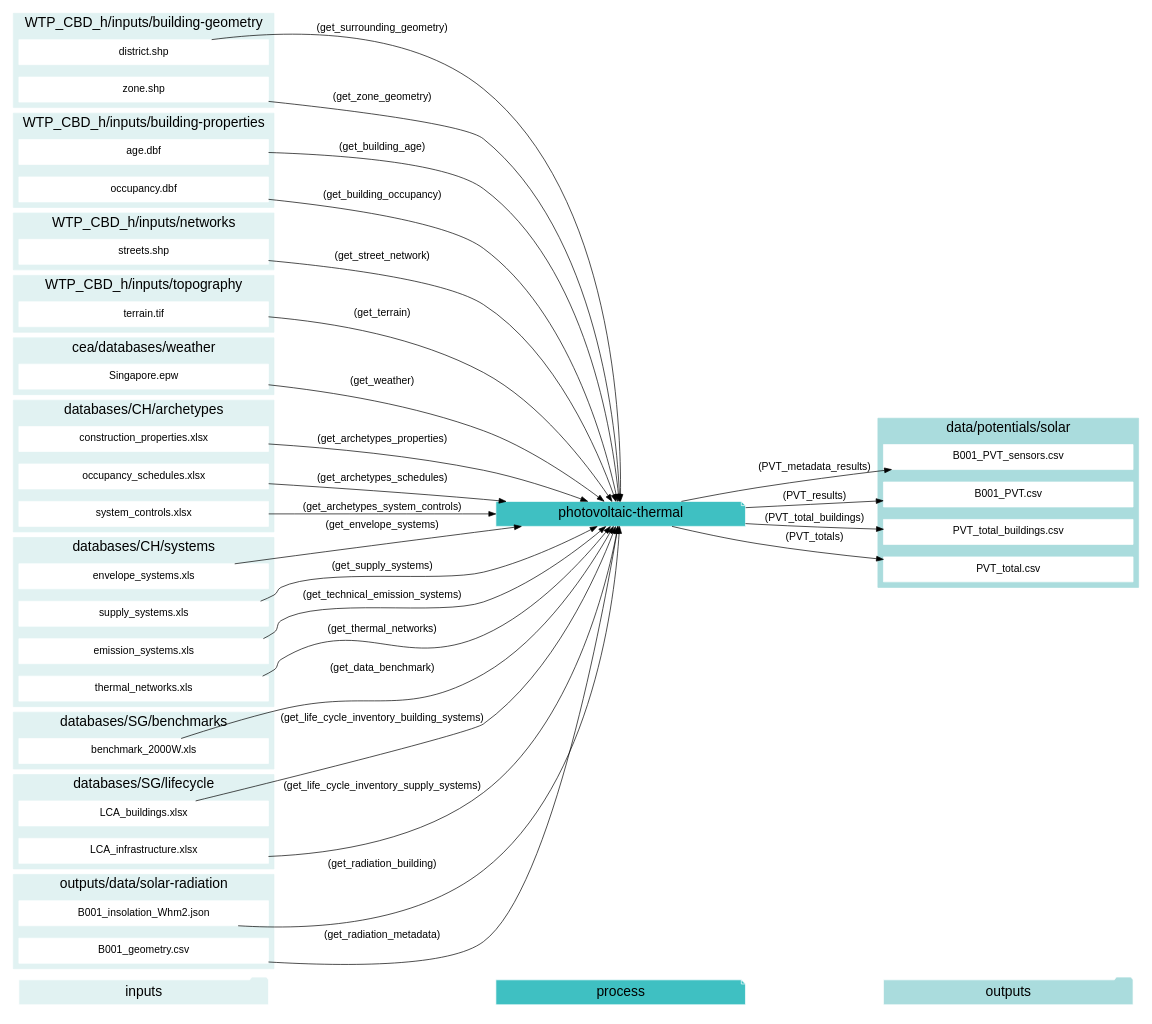
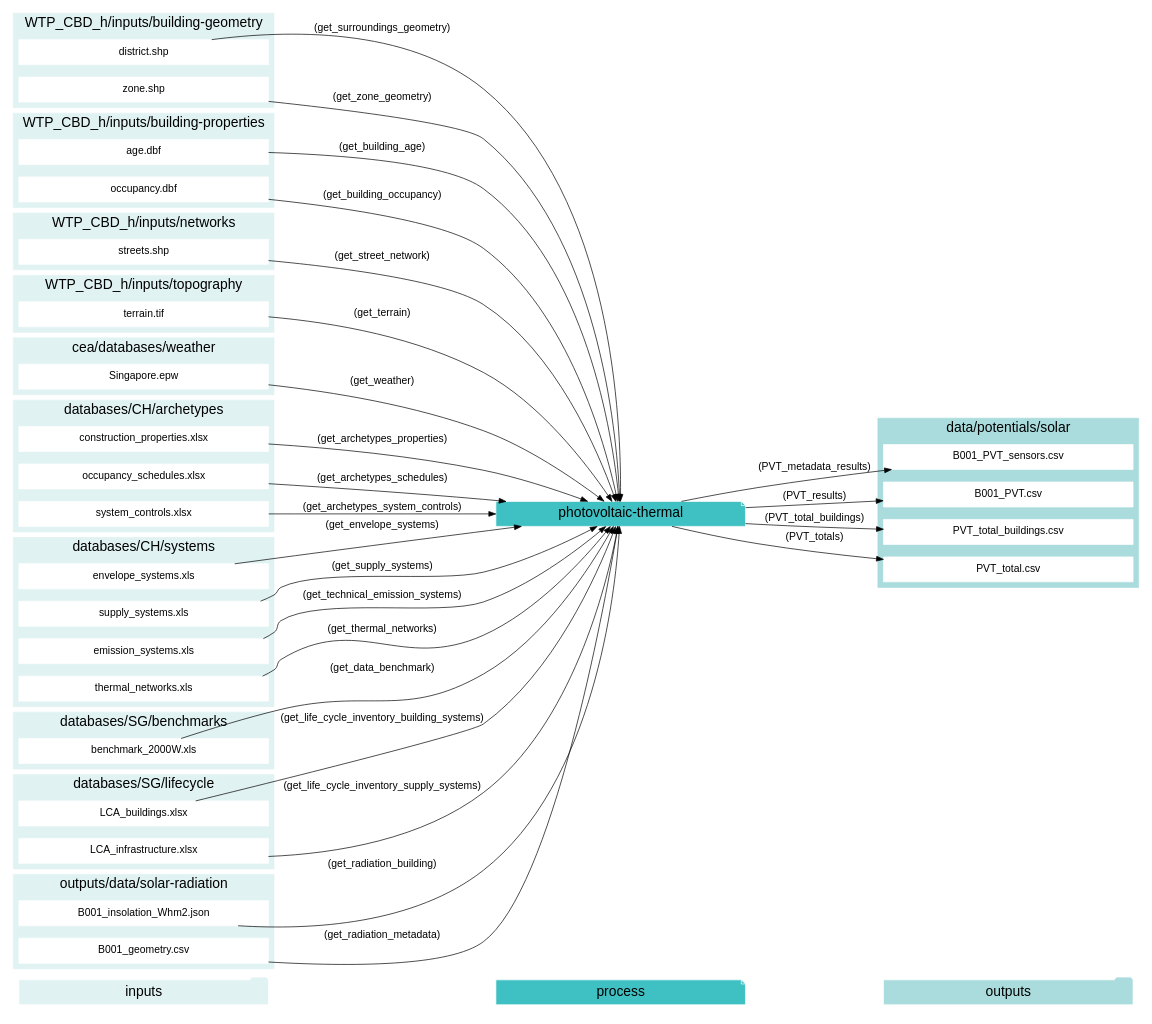
One commit to architecture-building-systems/CityEnergyAnalyst changed the eighth of 12 diagrams in docs/script-data-flow.rst. Above: the diagram before and after it, drawn with Graphviz. The commit also changed other lines of this file and 15 other files, not shown here.

Commit message:
rename get_surrounding_geometry to get_surroungs_geometry

```diff
--- a/docs/script-data-flow.rst
+++ b/docs/script-data-flow.rst
@@ -1145,7 +1145,7 @@
     "age.dbf" -> "photovoltaic-thermal"[label="(get_building_age)"]
     "occupancy.dbf" -> "photovoltaic-thermal"[label="(get_building_occupancy)"]
     "benchmark_2000W.xls" -> "photovoltaic-thermal"[label="(get_data_benchmark)"]
-    "district.shp" -> "photovoltaic-thermal"[label="(get_surrounding_geometry)"]
+    "district.shp" -> "photovoltaic-thermal"[label="(get_surroundings_geometry)"]
     "envelope_systems.xls" -> "photovoltaic-thermal"[label="(get_envelope_systems)"]
     "LCA_buildings.xlsx" -> "photovoltaic-thermal"[label="(get_life_cycle_inventory_building_systems)"]
     "LCA_infrastructure.xlsx" -> "photovoltaic-thermal"[label="(get_life_cycle_inventory_supply_systems)"]
```
